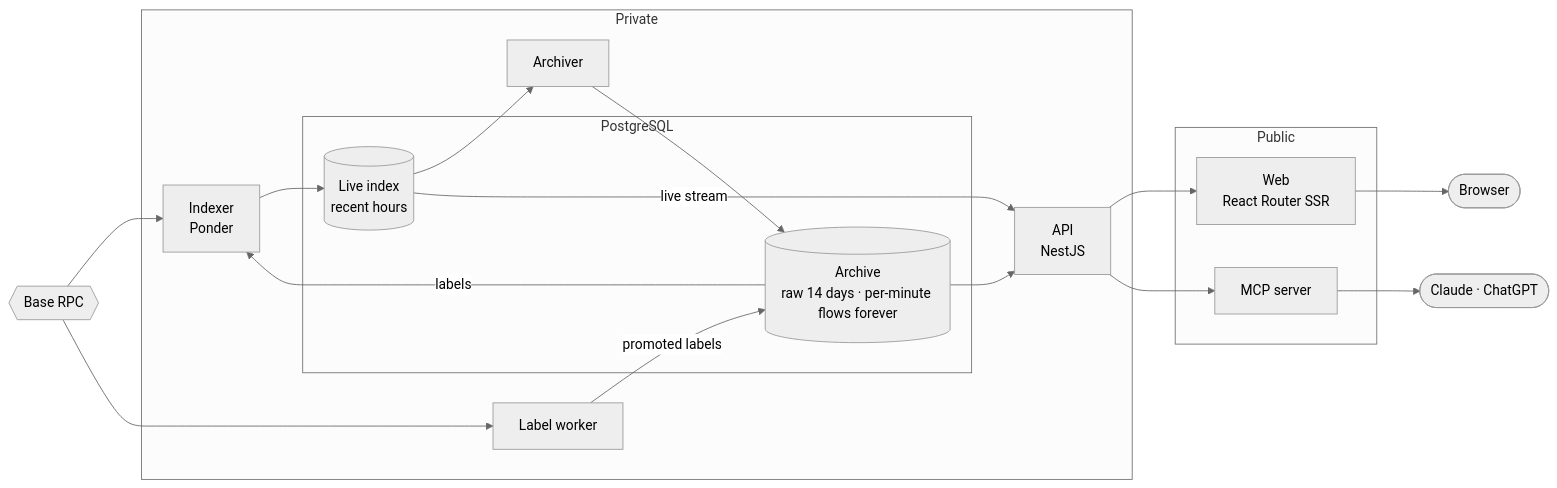
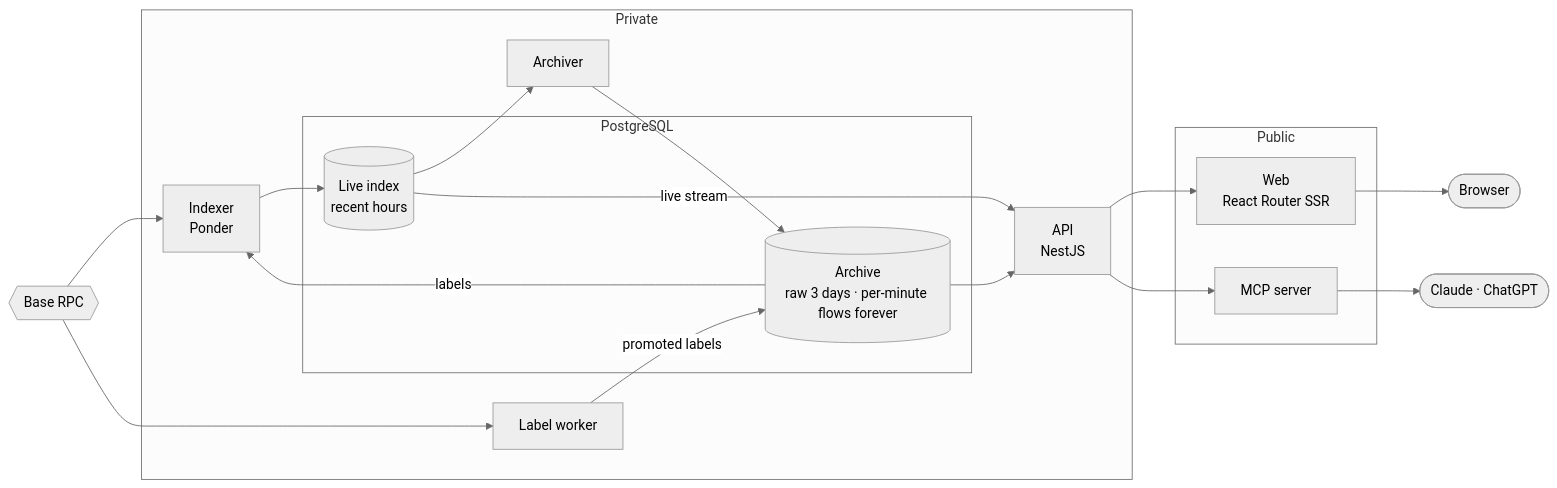
Before and after one commit to daniserrano7/stableflow: the first of 3 diagrams in README.md, drawn with Mermaid (neutral theme). The commit also changed other lines of this file and 6 other files, not shown here.

First line of the commit message:
feat: keep raw transfers for 3 days

````diff
--- a/README.md
+++ b/README.md
@@ -42,29 +42,29 @@
 ```mermaid
 flowchart LR
   rpc{{"Base RPC"}}
 
   subgraph private [Private]
     indexer["Indexer<br/>Ponder"]
     worker["Label worker"]
     subgraph pg [PostgreSQL]
       live[("Live index<br/>recent hours")]
-      archive[("Archive<br/>raw 14 days · per-minute flows forever")]
+      archive[("Archive<br/>raw 3 days · per-minute flows forever")]
     end
     archiver["Archiver"]
     api["API<br/>NestJS"]
   end
 
   subgraph public [Public]
     web["Web<br/>React Router SSR"]
     mcp["MCP server"]
   end
 
   rpc --> indexer --> live
   live --> archiver --> archive
   rpc --> worker -- "promoted labels" --> archive
   archive -- "labels" --> indexer
   archive --> api
   live -- "live stream" --> api
   api --> web --> browser([Browser])
   api --> mcp --> ai([Claude · ChatGPT])
 ```
````
